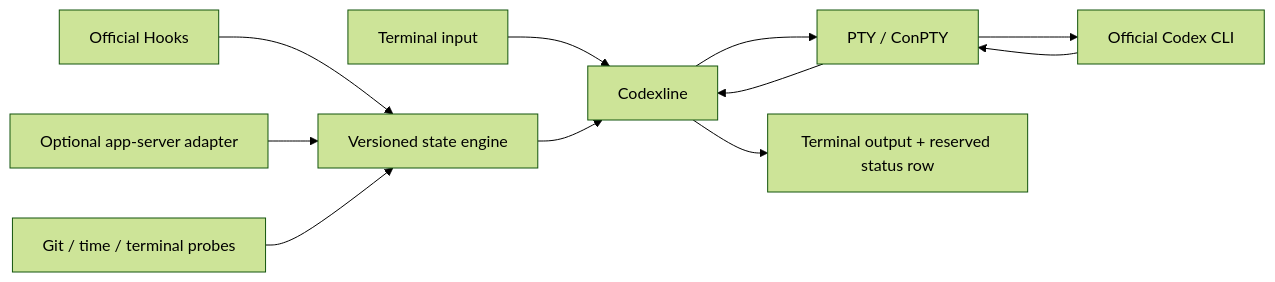
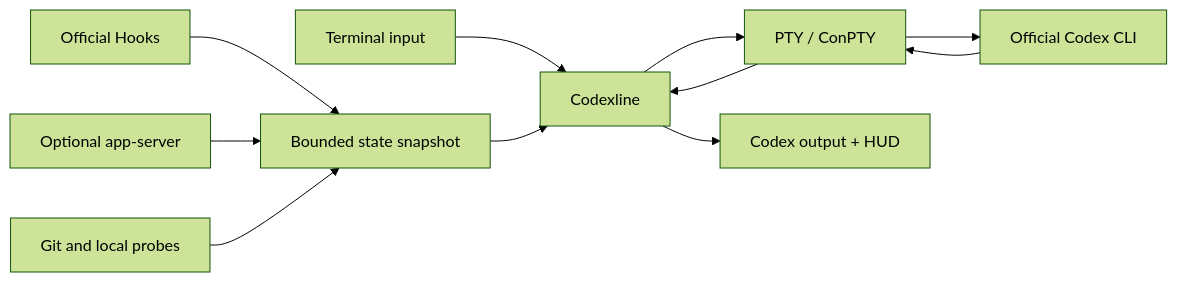
Before and after one commit to YongshengWin/codex-cli-codexline: the diagram in README.md, drawn with Mermaid (forest theme). The commit also changed other lines of this file and 9 other files, not shown here.

````diff
--- a/README.md
+++ b/README.md
@@ -284,14 +275,13 @@
 ```mermaid
 flowchart LR
     User["Terminal input"] --> Companion["Codexline"]
     Companion --> PTY["PTY / ConPTY"]
     PTY --> Codex["Official Codex CLI"]
     Codex --> PTY
     PTY --> Companion
-    Companion --> Screen["Terminal output + reserved status row"]
-
-    Hooks["Official Hooks"] --> State["Versioned state engine"]
-    App["Optional app-server adapter"] --> State
-    Local["Git / time / terminal probes"] --> State
+    Hooks["Official Hooks"] --> State["Bounded state snapshot"]
+    Sidecar["Optional app-server"] --> State
+    Local["Git and local probes"] --> State
     State --> Companion
+    Companion --> Screen["Codex output + HUD"]
 ```
````
